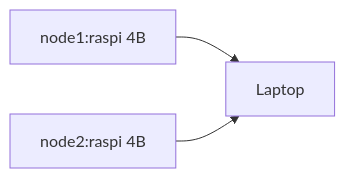
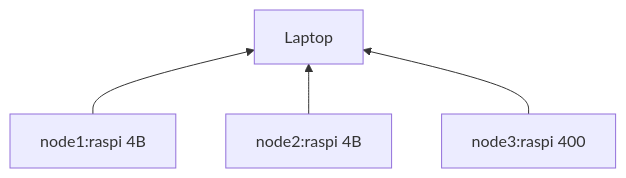
Before and after one commit to MyStarNight/fl-experiment: the diagram in exp-log/log&idea.md, drawn with Mermaid. The commit also changed other lines of this file, not shown here.

````diff
--- a/exp-log/log&idea.md
+++ b/exp-log/log&idea.md
@@ -71,7 +71,7 @@
 ```mermaid
-graph LR
+graph BT
 B[node1:raspi 4B]-->A[Laptop]
-C[node2:raspi 4B]-->A
-
+C[node2:raspi 4B] --> A
+D[node3:raspi 400] --> A
 
 ```
````
